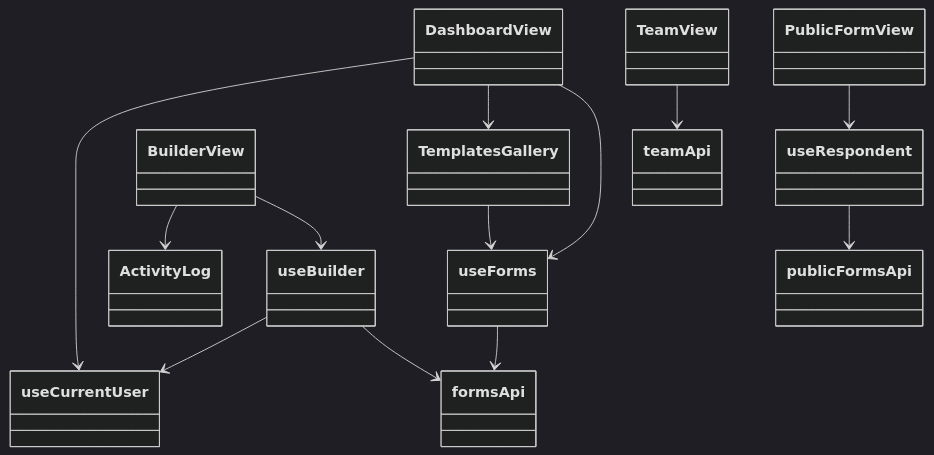
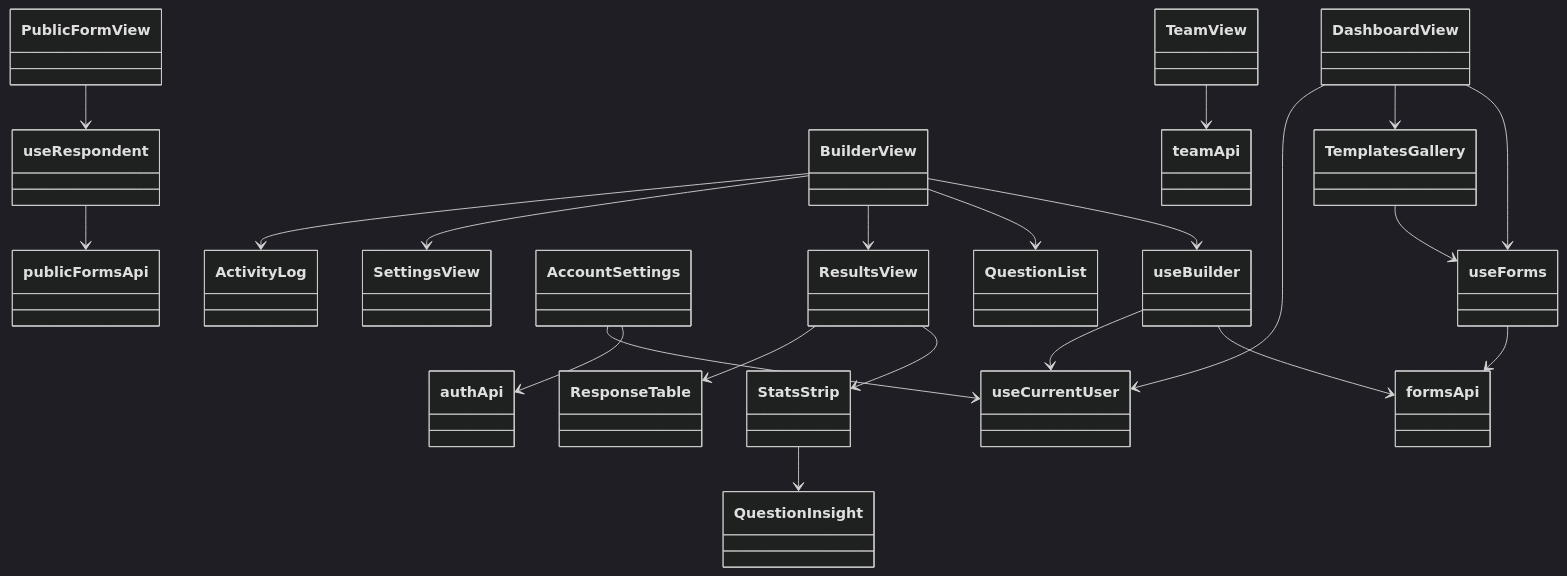
One commit to ruthwikkakumani/formly changed the third of 3 diagrams in docs/diagrams/class-uml.md. Above: the diagram before and after it, drawn with Mermaid (dark theme). The commit also changed other lines of this file and 65 other files, not shown here.

````diff
--- a/docs/diagrams/class-uml.md
+++ b/docs/diagrams/class-uml.md
@@ -151,28 +166,44 @@
 ```mermaid
 classDiagram
   class DashboardView
   class TemplatesGallery
   class BuilderView
+  class QuestionList
+  class ResultsView
+  class StatsStrip
+  class QuestionInsight
+  class ResponseTable
+  class SettingsView
+  class AccountSettings
   class PublicFormView
   class TeamView
   class ActivityLog
   class useForms
   class useBuilder
   class useRespondent
   class useCurrentUser
   class formsApi
   class publicFormsApi
   class teamApi
+  class authApi
   DashboardView --> useForms
   DashboardView --> TemplatesGallery
   DashboardView --> useCurrentUser
   TemplatesGallery --> useForms
   BuilderView --> useBuilder
+  BuilderView --> QuestionList
+  BuilderView --> ResultsView
+  BuilderView --> SettingsView
   BuilderView --> ActivityLog
+  ResultsView --> StatsStrip
+  StatsStrip --> QuestionInsight
+  ResultsView --> ResponseTable
   PublicFormView --> useRespondent
   TeamView --> teamApi
+  AccountSettings --> authApi
+  AccountSettings --> useCurrentUser
   useForms --> formsApi
   useBuilder --> formsApi
   useBuilder --> useCurrentUser
   useRespondent --> publicFormsApi
 ```
````
